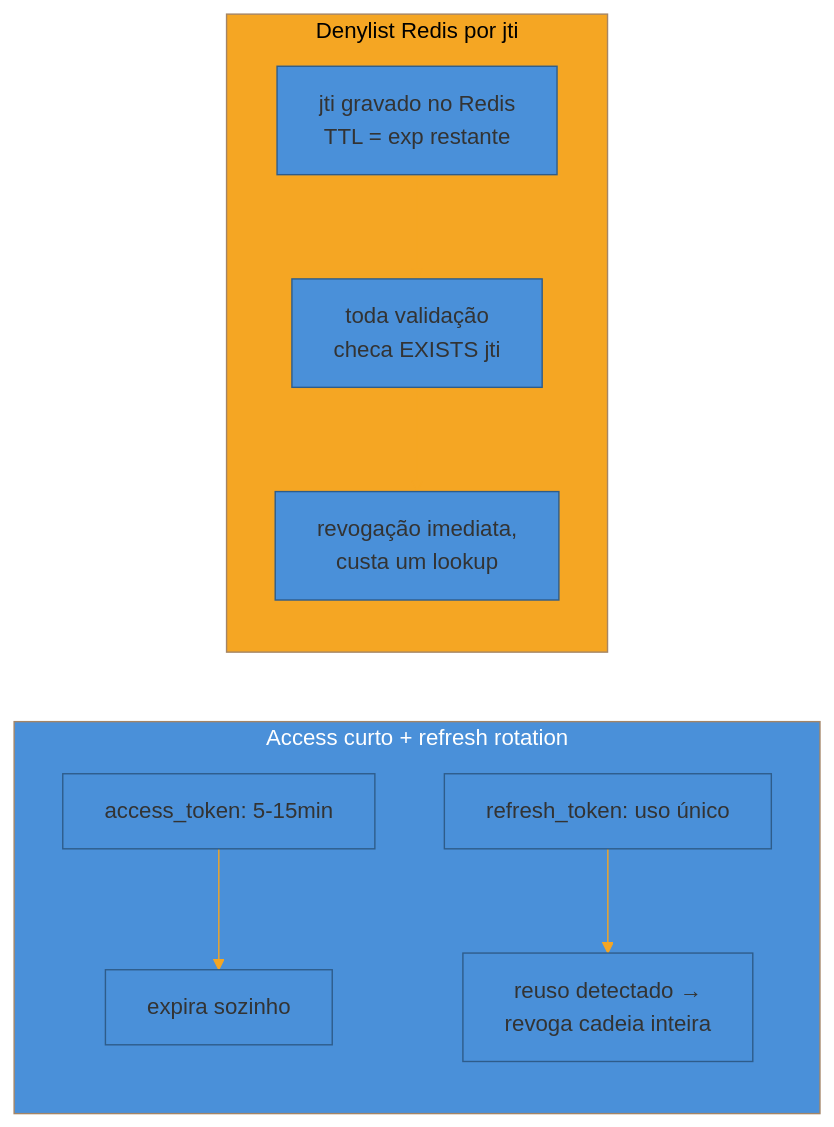
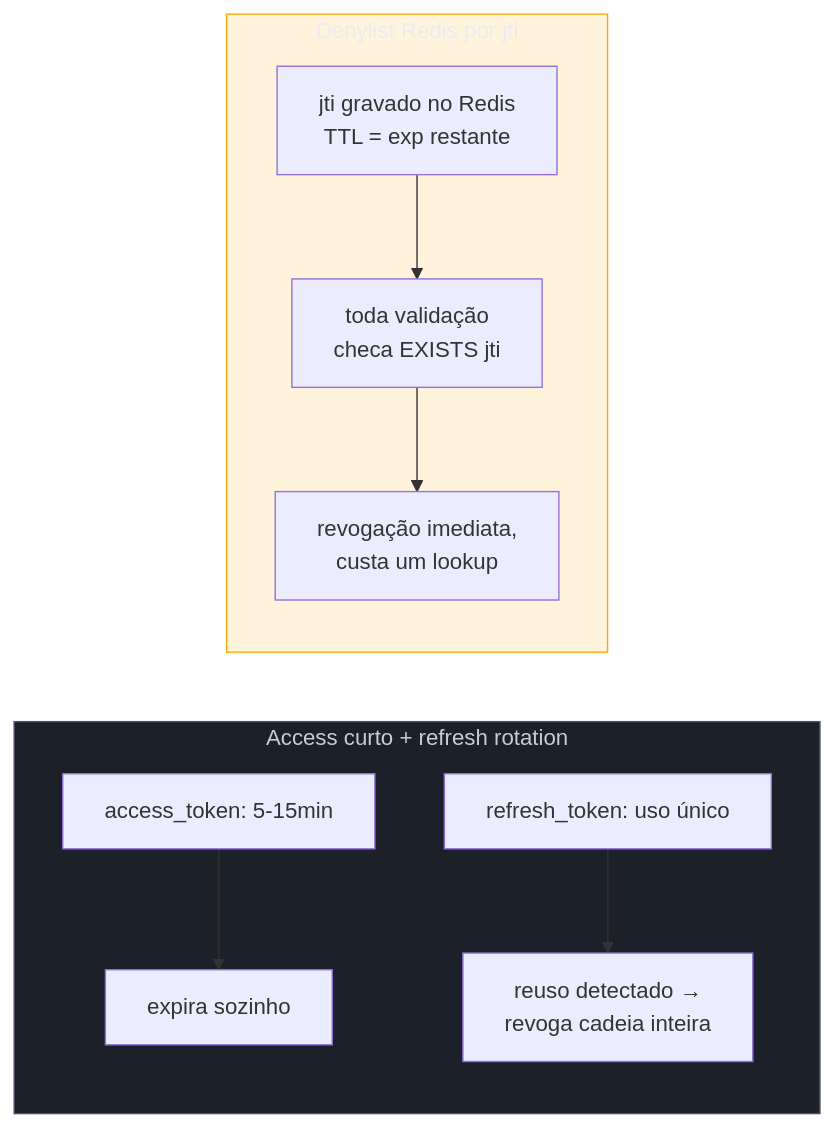
Before and after one commit to josenaldo/codex-technomanticus: the fourth of 4 diagrams in 03-Dominios/Engenharia/Auth e Identidade/4 - Auth nos stacks/03 - Python — FastAPI.md, drawn with Mermaid. The commit also changed other lines of this file and 1181 other files, not shown here.

First line of the commit message:
fix(diagramas): paleta do sistema no lugar de cor cravada no markdown

````diff
--- a/03-Dominios/Engenharia/Auth e Identidade/4 - Auth nos stacks/03 - Python — FastAPI.md
+++ b/03-Dominios/Engenharia/Auth e Identidade/4 - Auth nos stacks/03 - Python — FastAPI.md
@@ -290,15 +289,16 @@
 ```mermaid
-%%{init: {"theme": "base", "themeVariables": {"primaryColor": "#4A90D9", "primaryBorderColor": "#2E5C8A", "lineColor": "#F5A623"}}}%%
 graph LR
+    classDef neutro fill:#1B2029,stroke:#4E5666,color:#C6CCD8
+    classDef destaque fill:#FFAA0024,stroke:#FFAA00,color:#E9ECF2
     subgraph S1["Access curto + refresh rotation"]
         A1["access_token: 5-15min"] --> A2["expira sozinho"]
         A3["refresh_token: uso único"] --> A4["reuso detectado →<br/>revoga cadeia inteira"]
     end
     subgraph S2["Denylist Redis por jti"]
         B1["jti gravado no Redis<br/>TTL = exp restante"] --> B2["toda validação<br/>checa EXISTS jti"]
         B2 --> B3["revogação imediata,<br/>custa um lookup"]
     end
 
-    style S1 fill:#4A90D9,color:#fff
-    style S2 fill:#F5A623,color:#000
+    class S1 neutro
+    class S2 destaque
 ```
````
